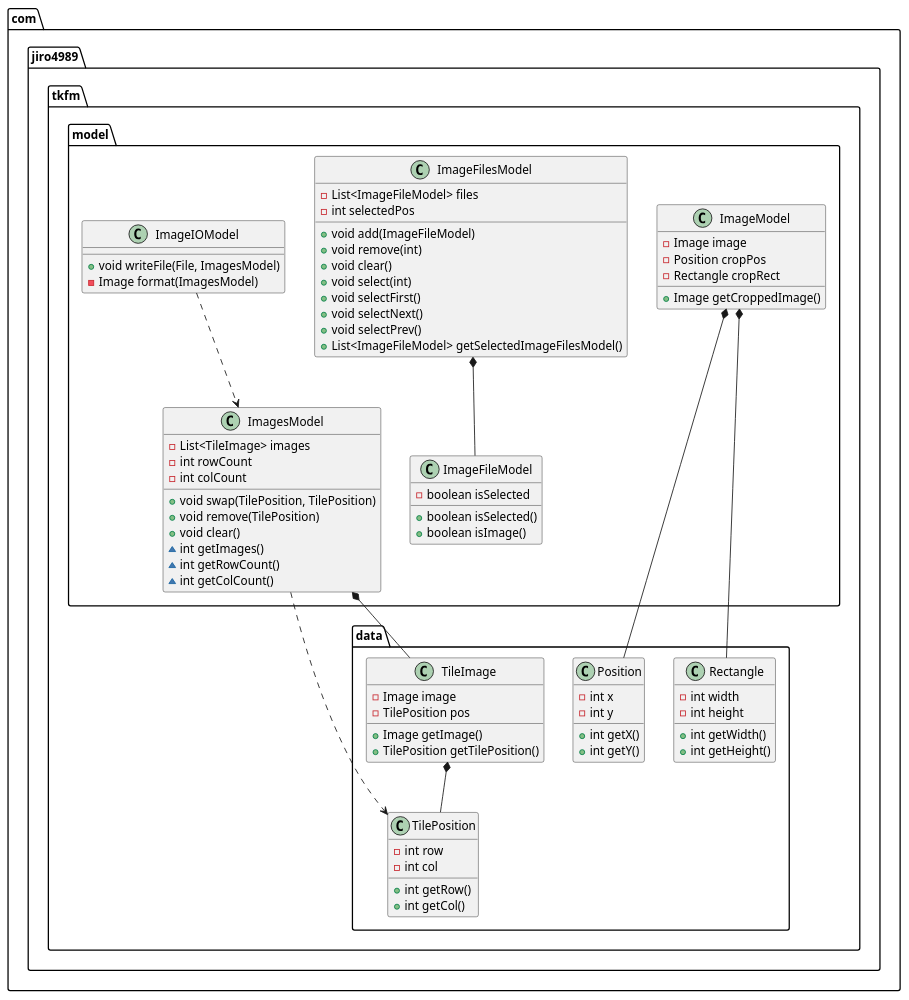
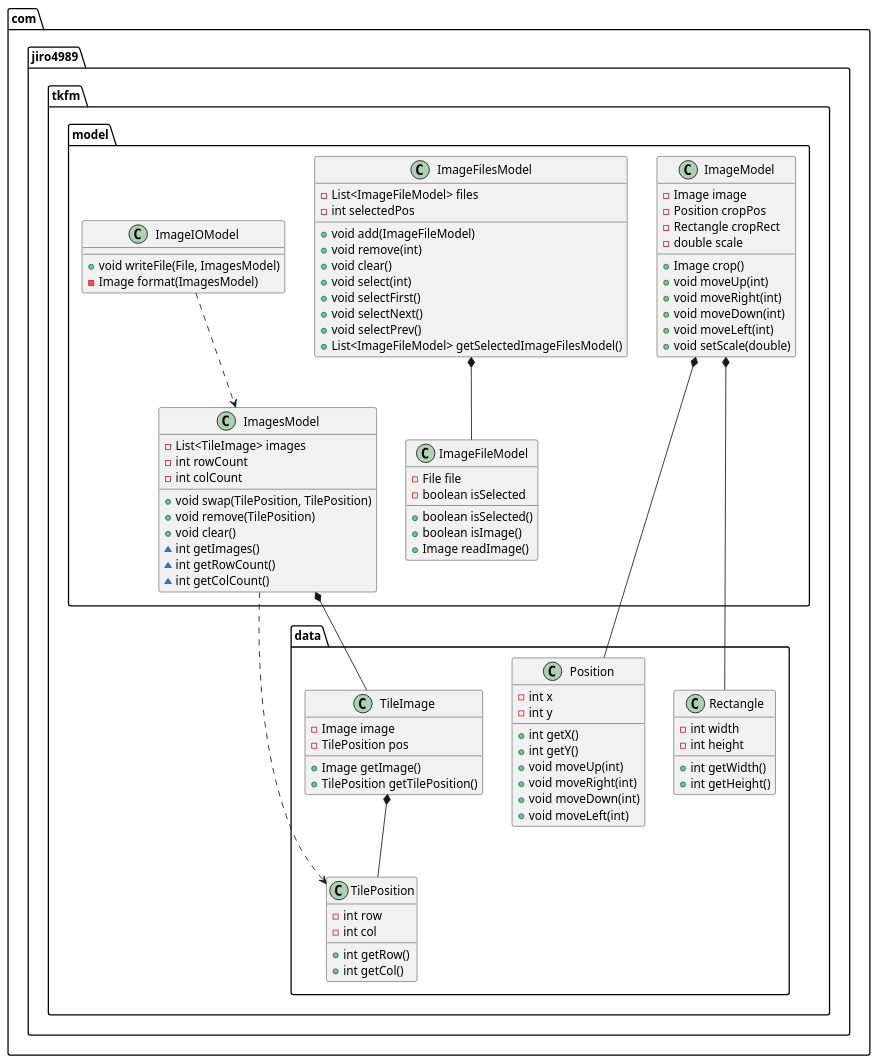
One commit to jiro4989/TKoolFacetileMaker2 changed the diagram in docs/classes.puml. Above: the diagram before and after it, drawn with PlantUML.

```diff
--- a/docs/classes.puml
+++ b/docs/classes.puml
@@ -1,95 +1,108 @@
 @startuml
 
 package com.jiro4989.tkfm {
 '  package controller {}
 '  package service {}
 
   package data {
     class Position {
       -int x
       -int y
       +int getX()
       +int getY()
+      +void moveUp(int)
+      +void moveRight(int)
+      +void moveDown(int)
+      +void moveLeft(int)
     }
     
     class Rectangle {
       -int width
       -int height
       +int getWidth()
       +int getHeight()
     }
       
     class TileImage {
       -Image image
       -TilePosition pos
       +Image getImage()
       +TilePosition getTilePosition()
     }
     
     class TilePosition {
       -int row
       -int col
       
       +int getRow()
       +int getCol()
     }
   }
   
   package model {
     class ImageFileModel {
+      -File file
       -boolean isSelected
       
       +boolean isSelected()
       +boolean isImage()
+      +Image readImage()
     }
     
     class ImageFilesModel {
       -List<ImageFileModel> files
       -int selectedPos
       
       +void add(ImageFileModel)
       +void remove(int)
       +void clear()
       +void select(int)
       +void selectFirst()
       +void selectNext()
       +void selectPrev()
       +List<ImageFileModel> getSelectedImageFilesModel()
     }
     
     class ImageModel {
       -Image image
       -Position cropPos
       -Rectangle cropRect
-      +Image getCroppedImage()
+      -double scale
+      
+      +Image crop()
+      +void moveUp(int)
+      +void moveRight(int)
+      +void moveDown(int)
+      +void moveLeft(int)
+      +void setScale(double)
     }
     
     class ImagesModel {
       -List<TileImage> images
       -int rowCount
       -int colCount
       
       +void swap(TilePosition, TilePosition)
       +void remove(TilePosition)
       +void clear()
       ~int getImages()
       ~int getRowCount()
       ~int getColCount()
     }
   
     class ImageIOModel {
       +void writeFile(File, ImagesModel)
       -Image format(ImagesModel)
     }
   }
 }
 
 ImageFilesModel *-- ImageFileModel
 ImageModel *-- Position
 ImageModel *-- Rectangle
 ImagesModel *-- TileImage
 ImagesModel ..> TilePosition
 TileImage *-- TilePosition
 ImageIOModel ..> ImagesModel
 
 @enduml
```
